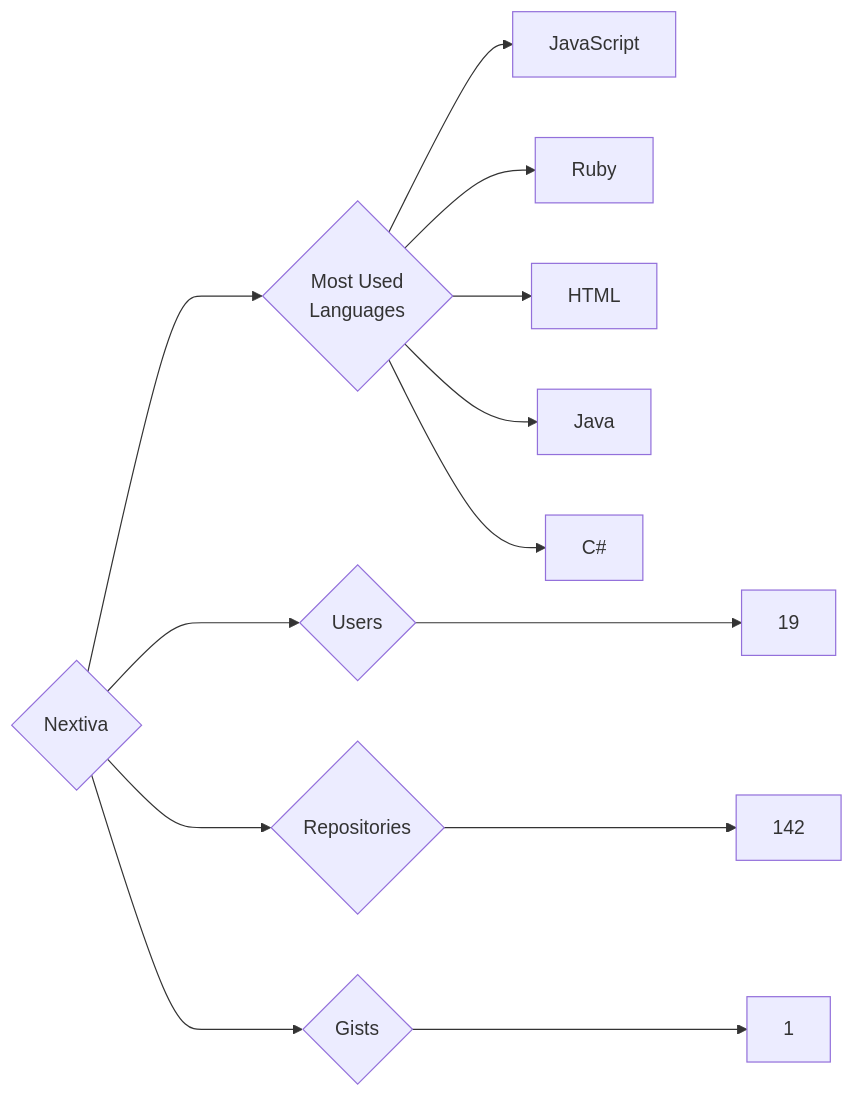
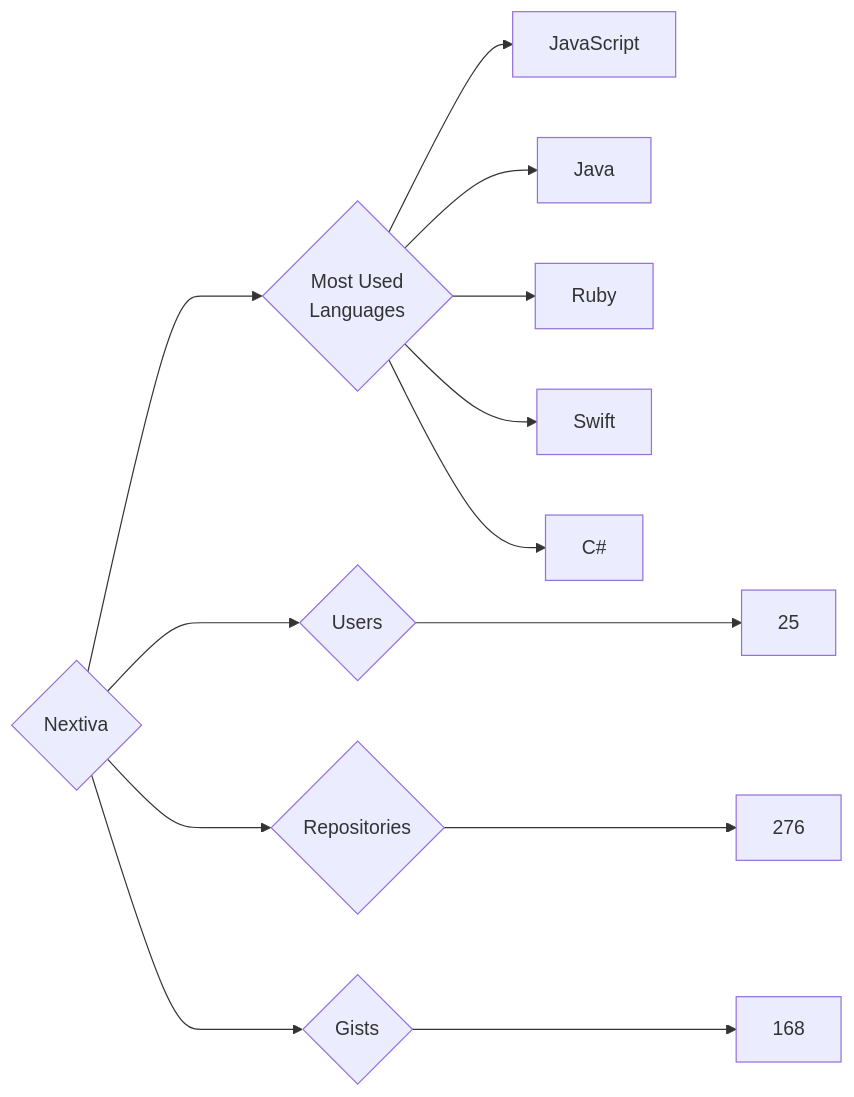
The diagram in targets/Nextiva/README.md (trickest/insiders), drawn with Mermaid before and after one commit. The commit also changed 833 other files, not shown here.

````diff
--- a/targets/Nextiva/README.md
+++ b/targets/Nextiva/README.md
@@ -3,13 +3,13 @@
 ```mermaid
 graph LR
 COMPANY_NAME{Nextiva}
-COMPANY_NAME ---> U{Users} ---> UN[19]
-COMPANY_NAME ---> R{Repositories} ---> RN[142]
-COMPANY_NAME ---> G{Gists} ---> GN[1]
+COMPANY_NAME ---> U{Users} ---> UN[25]
+COMPANY_NAME ---> R{Repositories} ---> RN[276]
+COMPANY_NAME ---> G{Gists} ---> GN[168]
 COMPANY_NAME ---> ML{Most Used<br>Languages}
 ML --> JavaScript[JavaScript]
+ML --> Java[Java]
 ML --> Ruby[Ruby]
-ML --> HTML[HTML]
-ML --> Java[Java]
+ML --> Swift[Swift]
 ML --> C#[C#]
 ```
````
